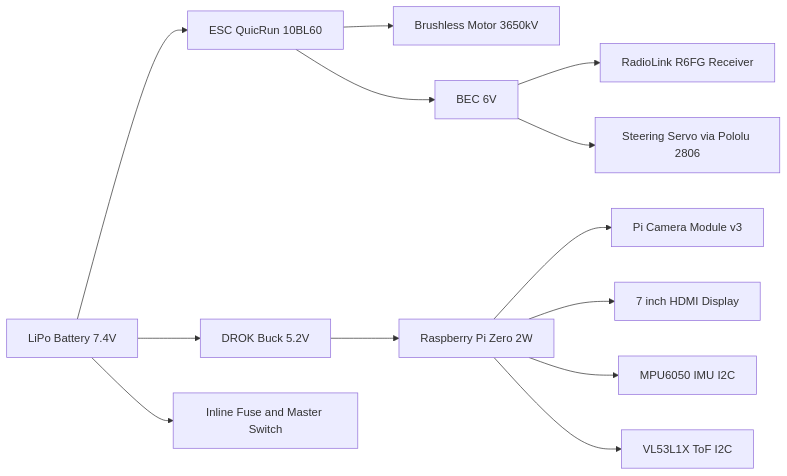
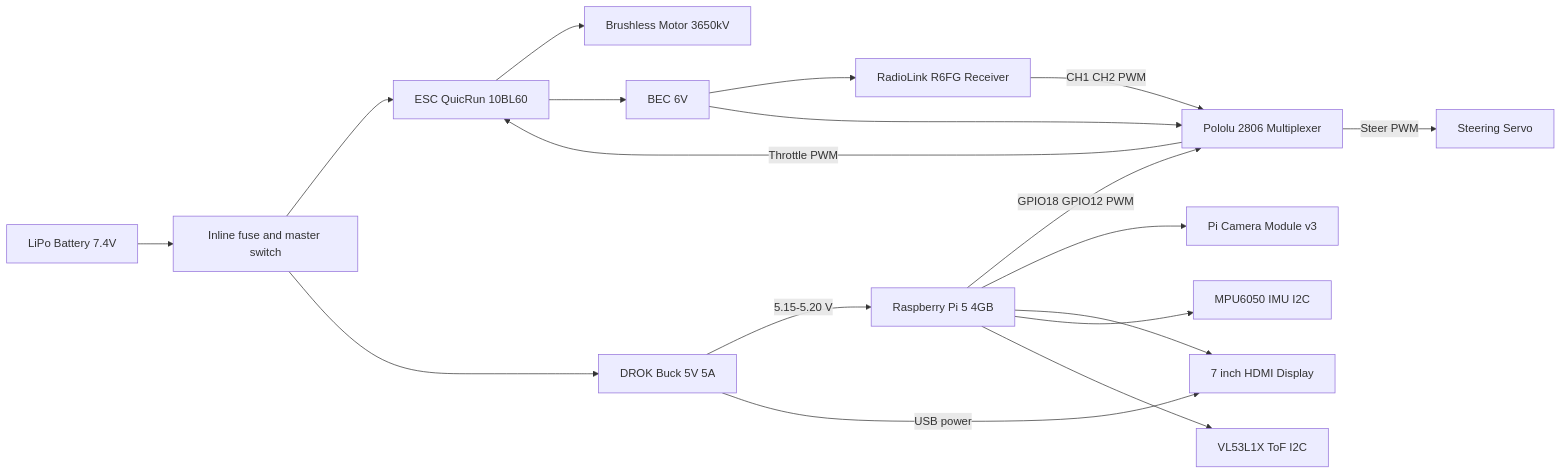
Before and after one commit to VSoni2/Autonomous-RC-Car-with-AI-Vision: the diagram in README.md, drawn with Mermaid.

Commit message:
diagram update

````diff
--- a/README.md
+++ b/README.md
@@ -36,17 +36,24 @@
 ```mermaid
 flowchart LR
-    A[LiPo Battery 7.4V] --> B[ESC QuicRun 10BL60]
+    A[LiPo Battery 7.4V] --> N[Inline fuse and master switch]
+    N --> B[ESC QuicRun 10BL60]
+    N --> G[DROK Buck 5V 5A]
+
     B --> C[Brushless Motor 3650kV]
     B --> D[BEC 6V]
     D --> E[RadioLink R6FG Receiver]
-    D --> F[Steering Servo via Pololu 2806]
+    D --> P[Pololu 2806 Multiplexer]
 
-    A --> G[DROK Buck 5.2V]
-    G --> H[Raspberry Pi Zero 2W]
+    E -->|CH1 CH2 PWM| P
+    H -->|GPIO18 GPIO12 PWM| P
+    P -->|Steer PWM| F[Steering Servo]
+    P -->|Throttle PWM| B
+
+    G -->|5.15-5.20 V| H[Raspberry Pi 5 4GB]
     H --> I[Pi Camera Module v3]
     H --> J[7 inch HDMI Display]
+    G -->|USB power| J
+
     H --> K[MPU6050 IMU I2C]
     H --> L[VL53L1X ToF I2C]
-
-    A --> M[Inline Fuse and Master Switch]
 ```
````
